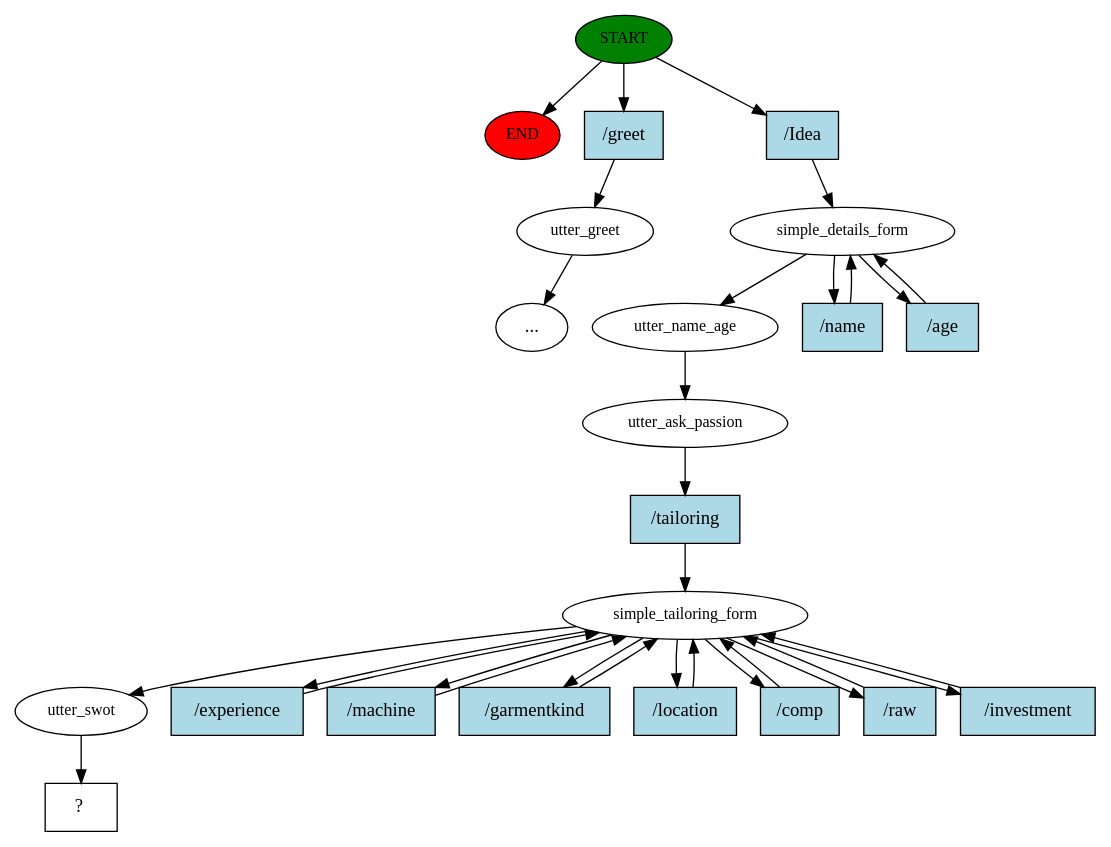
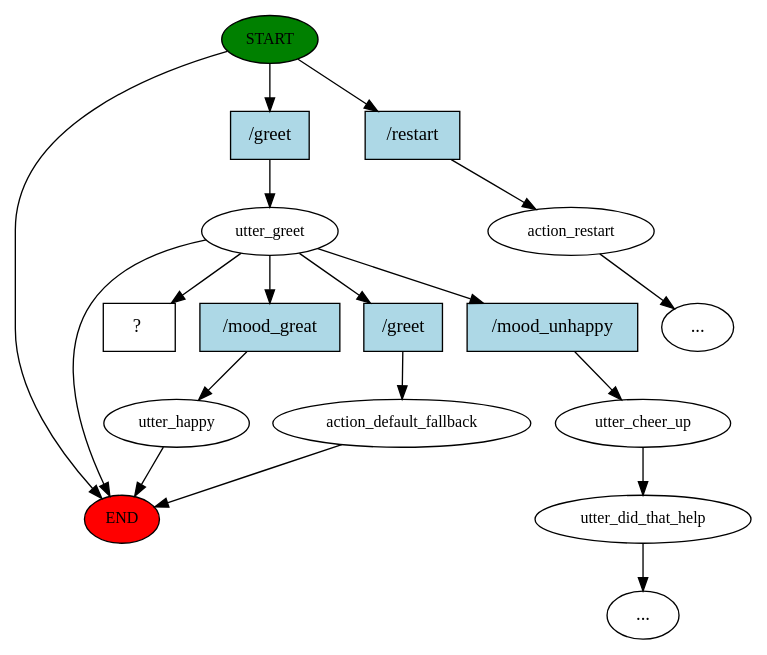
Before and after one commit to Gowthaam57/MS: the diagram in story_graph.dot, drawn with Graphviz. The commit also changed 281 other files, not shown here.

```diff
--- a/story_graph.dot
+++ b/story_graph.dot
@@ -1,54 +1,36 @@
 digraph  {
 0 [class="start active", fillcolor=green, fontsize=12, label=START, style=filled];
 "-1" [class=end, fillcolor=red, fontsize=12, label=END, style=filled];
-1 [class="", fontsize=12, label=utter_greet];
+1 [class=active, fontsize=12, label=utter_greet];
+2 [class="", fontsize=12, label=utter_happy];
+4 [class="", fontsize=12, label=action_default_fallback];
+6 [class="", fontsize=12, label=utter_cheer_up];
+7 [class="", fontsize=12, label=utter_did_that_help];
+"-4" [class=ellipsis, label="..."];
+11 [class="", fontsize=12, label=action_restart];
 "-5" [class=ellipsis, label="..."];
-4 [class=active, fontsize=12, label=simple_details_form];
-7 [class=active, fontsize=12, label=utter_name_age];
-8 [class=active, fontsize=12, label=utter_ask_passion];
-9 [class=active, fontsize=12, label=simple_tailoring_form];
-18 [class=active, fontsize=12, label=utter_swot];
-19 [class="intent dashed active", label="  ?  ", shape=rect];
-20 [class=intent, fillcolor=lightblue, label="/greet", shape=rect, style=filled];
-21 [class="intent active", fillcolor=lightblue, label="/Idea", shape=rect, style=filled];
-22 [class="intent active", fillcolor=lightblue, label="/name", shape=rect, style=filled];
-23 [class="intent active", fillcolor=lightblue, label="/age", shape=rect, style=filled];
-24 [class="intent active", fillcolor=lightblue, label="/tailoring", shape=rect, style=filled];
-25 [class="intent active", fillcolor=lightblue, label="/experience", shape=rect, style=filled];
-26 [class="intent active", fillcolor=lightblue, label="/machine", shape=rect, style=filled];
-27 [class="intent active", fillcolor=lightblue, label="/garmentkind", shape=rect, style=filled];
-28 [class="intent active", fillcolor=lightblue, label="/location", shape=rect, style=filled];
-29 [class="intent active", fillcolor=lightblue, label="/comp", shape=rect, style=filled];
-30 [class="intent active", fillcolor=lightblue, label="/raw", shape=rect, style=filled];
-31 [class="intent active", fillcolor=lightblue, label="/investment", shape=rect, style=filled];
+14 [class="intent dashed active", label="  ?  ", shape=rect];
+15 [class="intent active", fillcolor=lightblue, label="/greet", shape=rect, style=filled];
+16 [class=intent, fillcolor=lightblue, label="/restart", shape=rect, style=filled];
+17 [class=intent, fillcolor=lightblue, label="/mood_great", shape=rect, style=filled];
+18 [class=intent, fillcolor=lightblue, label="/greet", shape=rect, style=filled];
+19 [class=intent, fillcolor=lightblue, label="/mood_unhappy", shape=rect, style=filled];
 0 -> "-1"  [class="", key=NONE, label=""];
-0 -> 20  [class="", key=0];
-0 -> 21  [class=active, key=0];
-1 -> "-5"  [class="", key=NONE, label=""];
-4 -> 7  [class=active, key=NONE, label=""];
-4 -> 22  [class=active, key=0];
-4 -> 23  [class=active, key=0];
-7 -> 8  [class=active, key=NONE, label=""];
-8 -> 24  [class=active, key=0];
-9 -> 18  [class=active, key=NONE, label=""];
-9 -> 25  [class=active, key=0];
-9 -> 26  [class=active, key=0];
-9 -> 27  [class=active, key=0];
-9 -> 28  [class=active, key=0];
-9 -> 29  [class=active, key=0];
-9 -> 30  [class=active, key=0];
-9 -> 31  [class=active, key=0];
-18 -> 19  [class=active, key=NONE, label=""];
-20 -> 1  [class="", key=0];
-21 -> 4  [class=active, key=0];
-22 -> 4  [class=active, key=0];
-23 -> 4  [class=active, key=0];
-24 -> 9  [class=active, key=0];
-25 -> 9  [class=active, key=0];
-26 -> 9  [class=active, key=0];
-27 -> 9  [class=active, key=0];
-28 -> 9  [class=active, key=0];
-29 -> 9  [class=active, key=0];
-30 -> 9  [class=active, key=0];
-31 -> 9  [class=active, key=0];
+0 -> 15  [class=active, key=0];
+0 -> 16  [class="", key=0];
+1 -> "-1"  [class="", key=NONE, label=""];
+1 -> 14  [class=active, key=NONE, label=""];
+1 -> 17  [class="", key=0];
+1 -> 18  [class="", key=0];
+1 -> 19  [class="", key=0];
+2 -> "-1"  [class="", key=NONE, label=""];
+4 -> "-1"  [class="", key=NONE, label=""];
+6 -> 7  [class="", key=NONE, label=""];
+7 -> "-4"  [class="", key=NONE, label=""];
+11 -> "-5"  [class="", key=NONE, label=""];
+15 -> 1  [class=active, key=0];
+16 -> 11  [class="", key=0];
+17 -> 2  [class="", key=0];
+18 -> 4  [class="", key=0];
+19 -> 6  [class="", key=0];
 }
```
